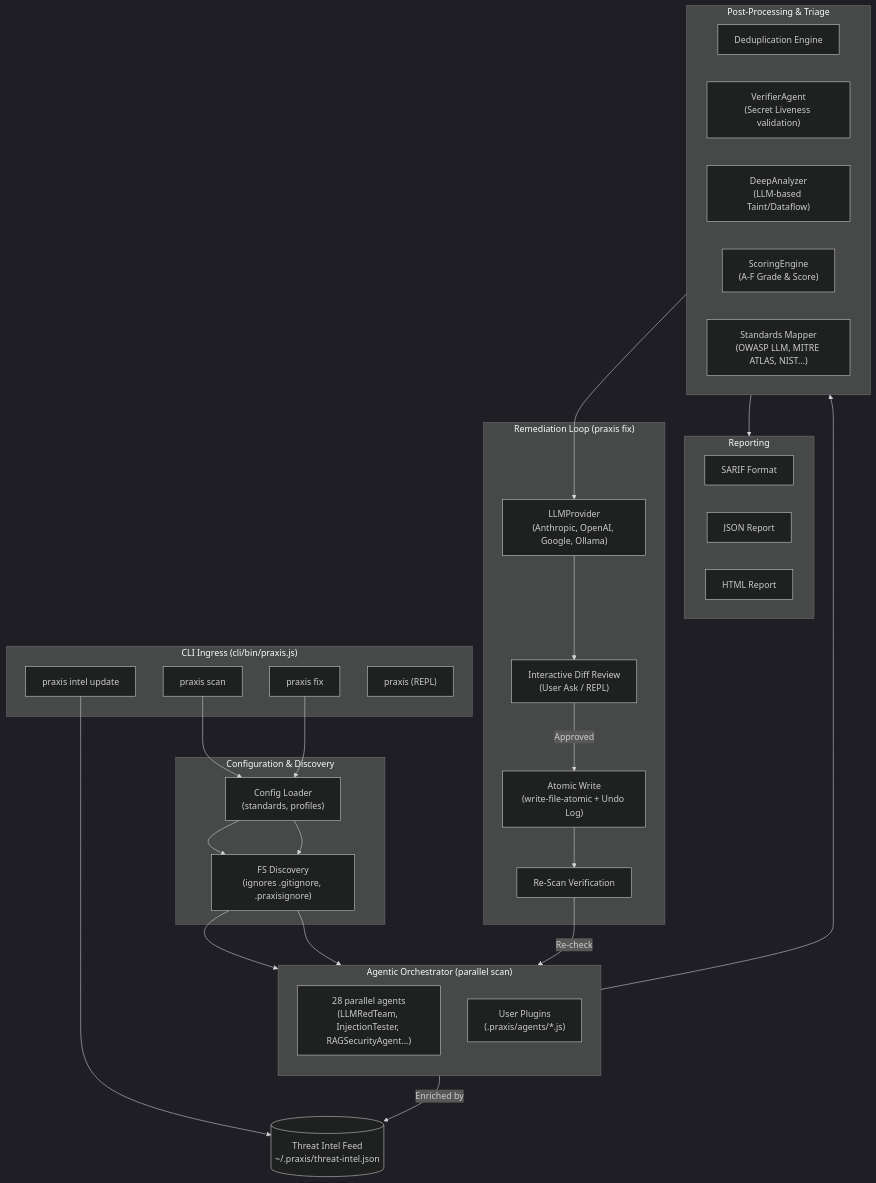
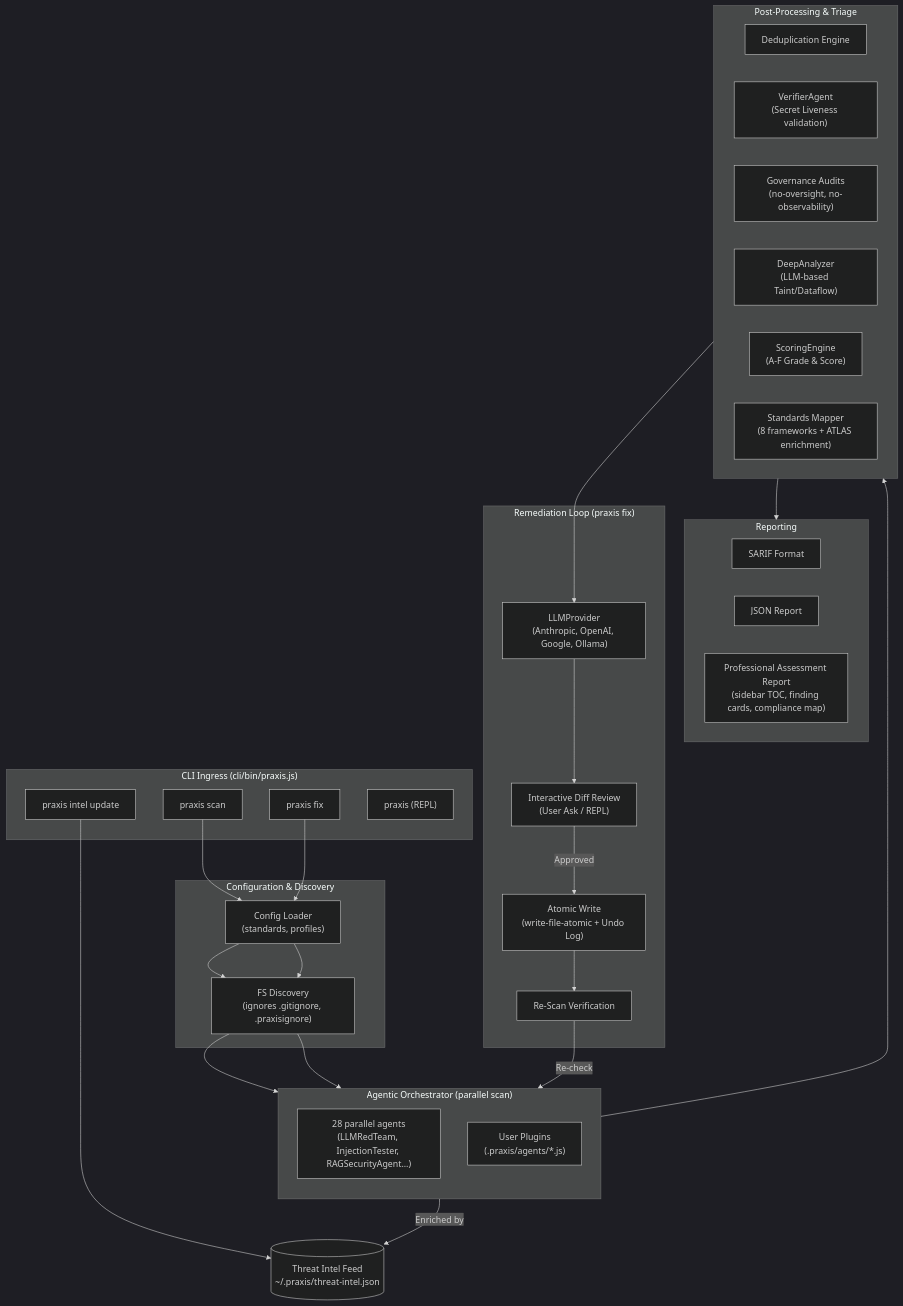
The diagram in README.md (Ganron007/Praxis), drawn with Mermaid (dark theme) before and after one commit. The commit also changed other lines of this file and 4 other files, not shown here.

Commit message:
docs: full revision — capabilities, verification ladder, net-new gating, .env LLM config, MCP trust registry, governance audits, 3-state compliance, professional report

````diff
--- a/README.md
+++ b/README.md
@@ -43,55 +46,56 @@
 ```mermaid
 flowchart TD
     subgraph CLI["CLI Ingress (cli/bin/praxis.js)"]
         SCAN["praxis scan"]
         FIX["praxis fix"]
         INTEL["praxis intel update"]
         REPL["praxis (REPL)"]
     end
 
     subgraph Config["Configuration & Discovery"]
         DISC["FS Discovery<br/>(ignores .gitignore, .praxisignore)"]
         CONF["Config Loader<br/>(standards, profiles)"]
     end
 
     subgraph Orchestrator["Agentic Orchestrator (parallel scan)"]
         direction TB
         AGENTS["28 parallel agents<br/>(LLMRedTeam, InjectionTester, RAGSecurityAgent...)"]
         PLUGINS["User Plugins<br/>(.praxis/agents/*.js)"]
     end
 
     subgraph Post["Post-Processing & Triage"]
         DEDUPE["Deduplication Engine"]
         VERIFY_AP["VerifierAgent<br/>(Secret Liveness validation)"]
+        GOV["Governance Audits<br/>(no-oversight, no-observability)"]
         DEEP["DeepAnalyzer<br/>(LLM-based Taint/Dataflow)"]
         SCORE["ScoringEngine<br/>(A-F Grade & Score)"]
-        MAP["Standards Mapper<br/>(OWASP LLM, MITRE ATLAS, NIST...)"]
+        MAP["Standards Mapper<br/>(8 frameworks + ATLAS enrichment)"]
     end
 
     subgraph Output["Reporting"]
         SARIF["SARIF Format"]
         JSON["JSON Report"]
-        HTML["HTML Report"]
+        HTML["Professional Assessment Report<br/>(sidebar TOC, finding cards, compliance map)"]
     end
 
     subgraph FixLoop["Remediation Loop (praxis fix)"]
         LLM_PROV["LLMProvider<br/>(Anthropic, OpenAI, Google, Ollama)"]
         ASK["Interactive Diff Review<br/>(User Ask / REPL)"]
         APPLY["Atomic Write<br/>(write-file-atomic + Undo Log)"]
         VERIFY["Re-Scan Verification"]
     end
 
     SCAN --> CONF --> DISC --> Orchestrator
     Orchestrator --> Post
     Post --> Output
 
     FIX --> CONF --> DISC --> Orchestrator
     Post --> LLM_PROV
     LLM_PROV --> ASK
     ASK -->|Approved| APPLY
     APPLY --> VERIFY
     VERIFY -->|Re-check| Orchestrator
     
     INTEL --> INTEL_FEED[("Threat Intel Feed<br/>~/.praxis/threat-intel.json")]
     Orchestrator -->|Enriched by| INTEL_FEED
 ```
````
